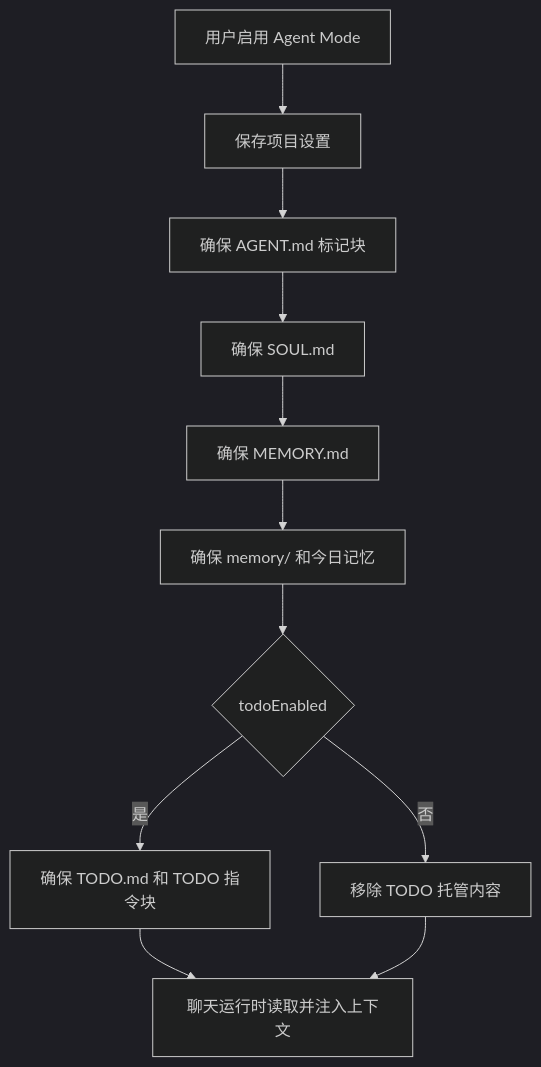
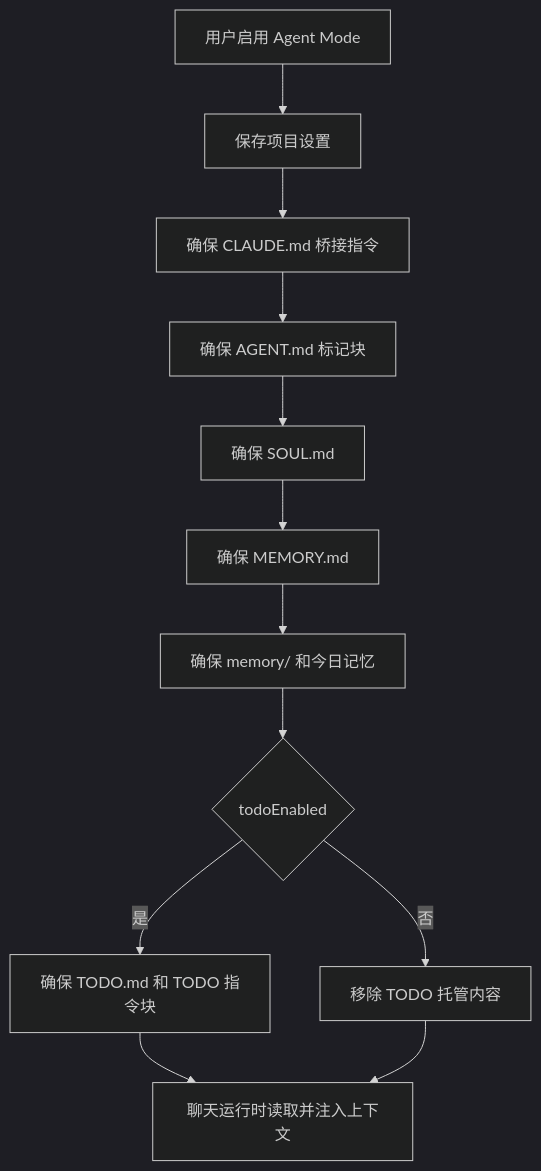
The diagram in prd/agent-mode.md (xue160709/AgentOS-Template), drawn with Mermaid (dark theme) before and after one commit. The commit also changed other lines of this file and 7 other files, not shown here.

````diff
--- a/prd/agent-mode.md
+++ b/prd/agent-mode.md
@@ -63,13 +64,14 @@
 ```mermaid
 flowchart TD
   A[用户启用 Agent Mode] --> B[保存项目设置]
-  B --> C[确保 AGENT.md 标记块]
-  C --> D[确保 SOUL.md]
-  D --> E[确保 MEMORY.md]
-  E --> F[确保 memory/ 和今日记忆]
-  F --> G{todoEnabled}
-  G -- 是 --> H[确保 TODO.md 和 TODO 指令块]
-  G -- 否 --> I[移除 TODO 托管内容]
-  H --> J[聊天运行时读取并注入上下文]
-  I --> J
+  B --> C[确保 CLAUDE.md 桥接指令]
+  C --> D[确保 AGENT.md 标记块]
+  D --> E[确保 SOUL.md]
+  E --> F[确保 MEMORY.md]
+  F --> G[确保 memory/ 和今日记忆]
+  G --> H{todoEnabled}
+  H -- 是 --> I[确保 TODO.md 和 TODO 指令块]
+  H -- 否 --> J[移除 TODO 托管内容]
+  I --> K[聊天运行时读取并注入上下文]
+  J --> K
 ```
````
